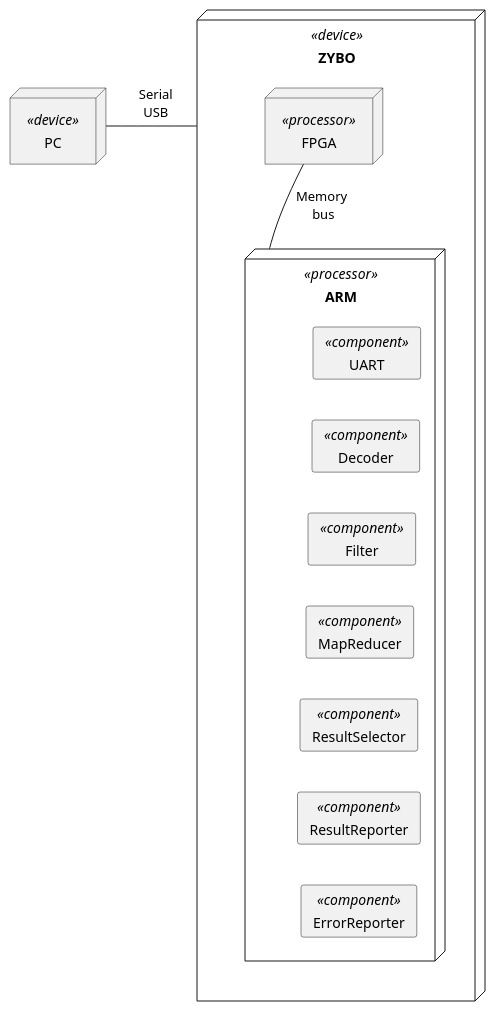
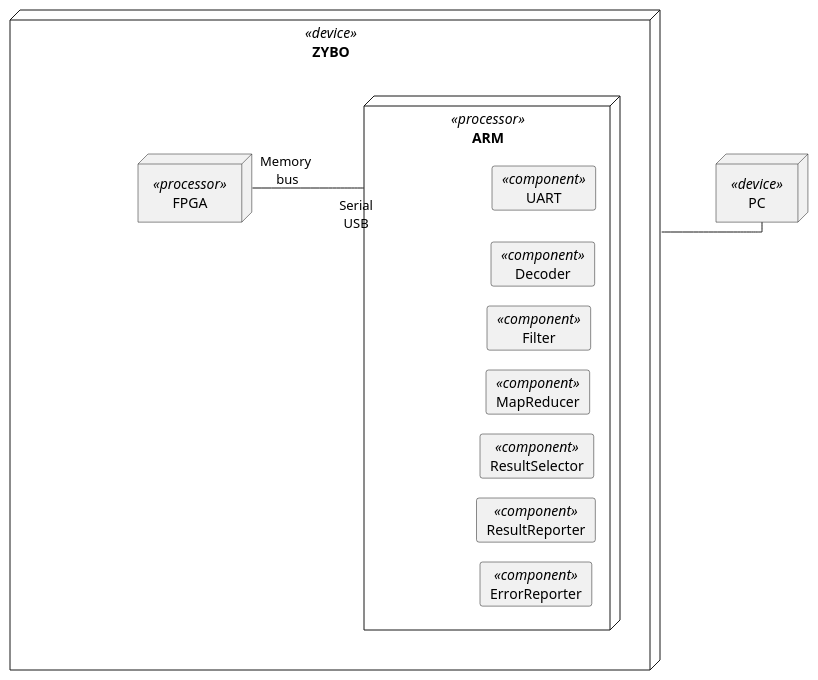
Before and after one commit to Junale/erts-a1: the diagram in exam-project/deployment-alternative.puml, drawn with PlantUML. The commit also changed 2 other files, not shown here.

Commit message:
semi fixed format of plantuml and added mermaid diagrams for deployment diagrams

```diff
--- a/exam-project/deployment-alternative.puml
+++ b/exam-project/deployment-alternative.puml
@@ -1,41 +1,40 @@
 @startuml deployment
-skinparam linetype poly
-skinparam Nodesep 60
-skinparam Padding 2
-skinparam Ranksep 40
+skinparam linetype ortho
+skinparam Nodesep 120
+skinparam Ranksep 20
 
 
 node ZYBO <<device>> {
     
     node FPGA <<processor>> {
 
     }
 
     node ARM <<processor>> {
         card UART <<component>>
         card Decoder <<component>>
         card Filter <<component>>
         card MapReducer <<component>>
         card ResultSelector <<component>>
         card ResultReporter <<component>>
         card ErrorReporter <<component>>
     }
 
 
-    UART -[hidden]- Decoder
-    Decoder -[hidden]- Filter
-    Filter -[hidden]- MapReducer
-    MapReducer -[hidden]- ResultSelector
-    ResultSelector -[hidden]- ResultReporter
-    ResultReporter -[hidden]- ErrorReporter
+    UART -[hidden]down- Decoder
+    Decoder -[hidden]down- Filter
+    Filter -[hidden]down- MapReducer
+    MapReducer -[hidden]down- ResultSelector
+    ResultSelector -[hidden]down- ResultReporter
+    ResultReporter -[hidden]down- ErrorReporter
 
 
 
-    FPGA -- ARM : Memory\n bus
+    FPGA -right- ARM : Memory\n bus
 }
 
 node PC <<device>>
 
-PC - ZYBO : Serial\nUSB 
+ZYBO -right- PC : Serial\nUSB
 
 @enduml
```
